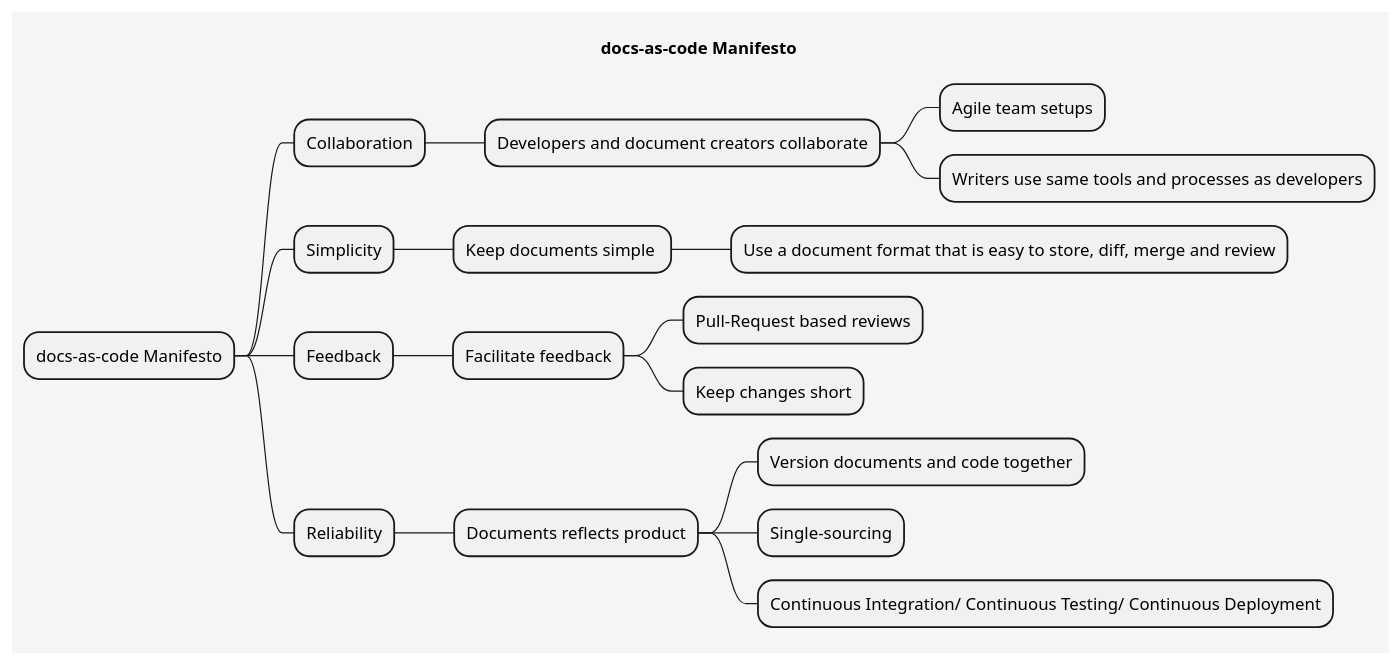
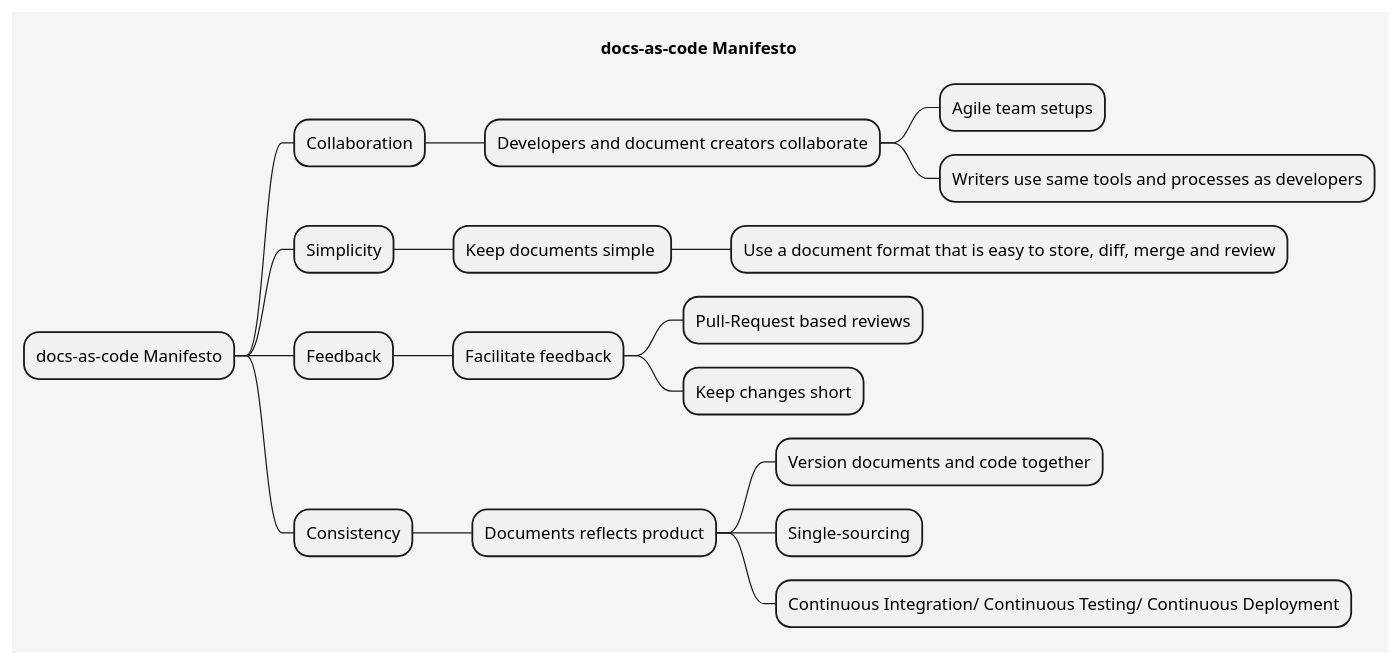
One commit to twodrops/docs-as-code-manifesto changed the diagram in MANIFESTO-Mindmap.puml. Above: the diagram before and after it, drawn with PlantUML.

```diff
--- a/MANIFESTO-Mindmap.puml
+++ b/MANIFESTO-Mindmap.puml
@@ -1,23 +1,23 @@
 @startmindmap docs-as-code-manifesto
 title docs-as-code Manifesto
 skinparam backgroundColor whitesmoke
 skinparam handwritten false
 skinparam monochrome true
 * docs-as-code Manifesto
 ** Collaboration
 *** Developers and document creators collaborate
 **** Agile team setups
 **** Writers use same tools and processes as developers
 ** Simplicity
 *** Keep documents simple 
 ****  Use a document format that is easy to store, diff, merge and review
 ** Feedback
 *** Facilitate feedback
 **** Pull-Request based reviews
 **** Keep changes short
-** Reliability
+** Consistency
 *** Documents reflects product
 **** Version documents and code together
 **** Single-sourcing
 **** Continuous Integration/ Continuous Testing/ Continuous Deployment
 @endmindmap
```
